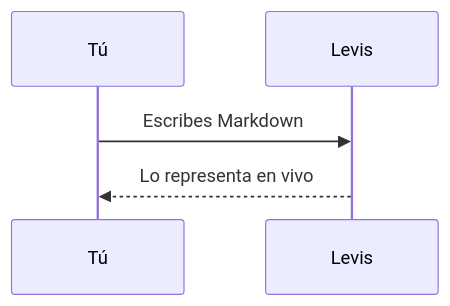
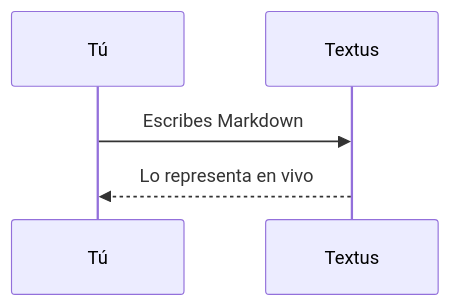
The third of 3 diagrams in src/help/markdown-guide.es.md (CatVinci-Studio/Levis), drawn with Mermaid before and after one commit. The commit also changed other lines of this file and 219 other files, not shown here.

````diff
--- a/src/help/markdown-guide.es.md
+++ b/src/help/markdown-guide.es.md
@@ -113,7 +113,7 @@
 ```mermaid
 sequenceDiagram
     participant Tú
-    participant Levis
-    Tú->>Levis: Escribes Markdown
-    Levis-->>Tú: Lo representa en vivo
+    participant Textus
+    Tú->>Textus: Escribes Markdown
+    Textus-->>Tú: Lo representa en vivo
 ```
````
